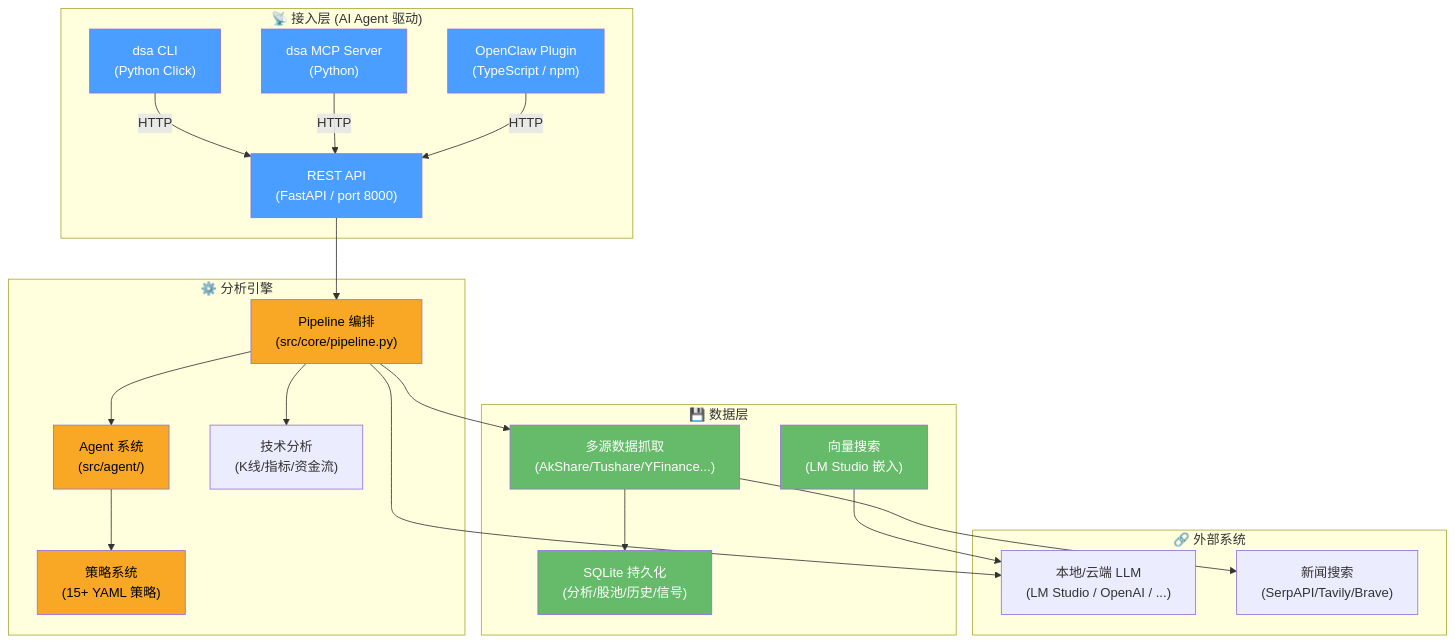
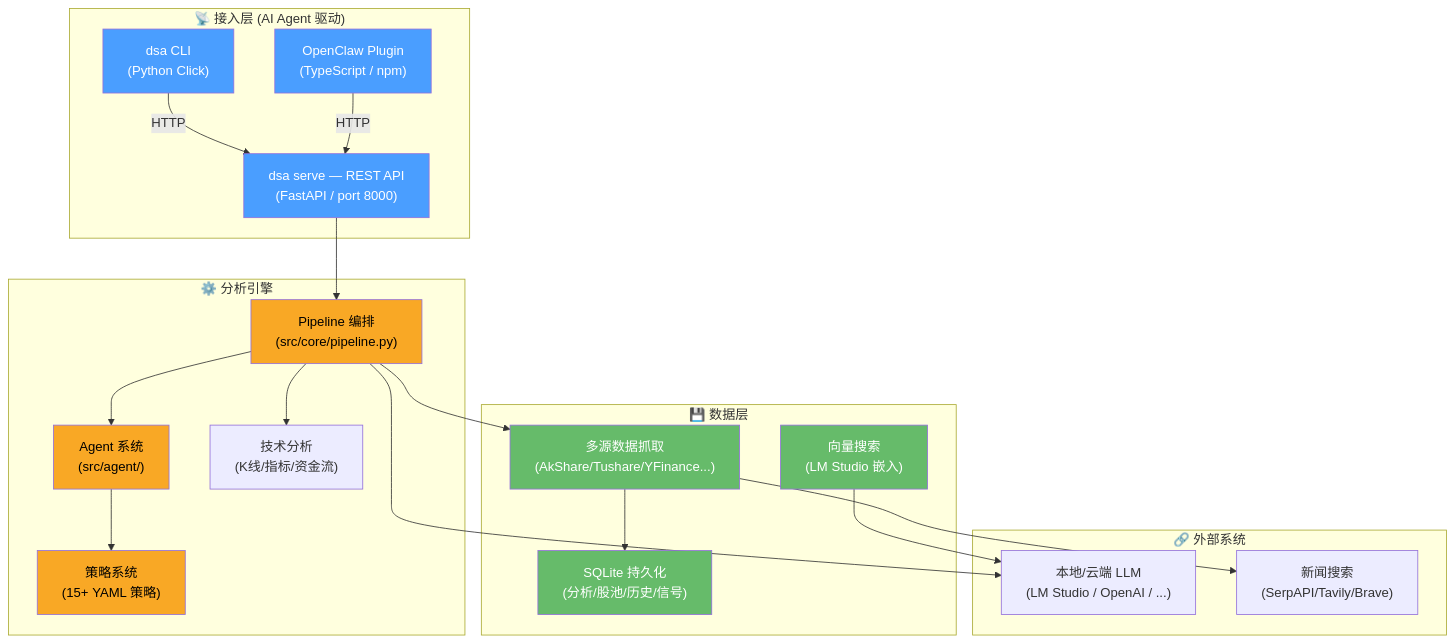
One commit to kuaizhongqiang/daily_stock_analysis changed the diagram in README.md. Above: the diagram before and after it, drawn with Mermaid. The commit also changed other lines of this file and 23 other files, not shown here.

First line of the commit message:
feat: v0.1.7 — MCP 剥离 + dsa serve 统一入口 + 自有 CI/Publish

````diff
--- a/README.md
+++ b/README.md
@@ -24,51 +24,48 @@
 ```mermaid
 flowchart TB
     subgraph 接入层["📡 接入层 (AI Agent 驱动)"]
         CLI["dsa CLI<br/>(Python Click)"]
-        MCP["dsa MCP Server<br/>(Python)"]
+        API["dsa serve — REST API<br/>(FastAPI / port 8000)"]
         Plugin["OpenClaw Plugin<br/>(TypeScript / npm)"]
-        API["REST API<br/>(FastAPI / port 8000)"]
     end
 
     subgraph 引擎层["⚙️ 分析引擎"]
         Pipeline["Pipeline 编排<br/>(src/core/pipeline.py)"]
         Agent["Agent 系统<br/>(src/agent/)"]
         Strategies["策略系统<br/>(15+ YAML 策略)"]
         Technical["技术分析<br/>(K线/指标/资金流)"]
     end
 
     subgraph 数据层["💾 数据层"]
         DataProviders["多源数据抓取<br/>(AkShare/Tushare/YFinance...)"]
         VectorDB["向量搜索<br/>(LM Studio 嵌入)"]
         DB["SQLite 持久化<br/>(分析/股池/历史/信号)"]
     end
 
     subgraph 外部系统["🔗 外部系统"]
         LLM["本地/云端 LLM<br/>(LM Studio / OpenAI / ...)"]
         News["新闻搜索<br/>(SerpAPI/Tavily/Brave)"]
     end
 
     CLI -->|HTTP| API
-    MCP -->|HTTP| API
     Plugin -->|HTTP| API
     API --> Pipeline
     Pipeline --> Agent
     Pipeline --> Technical
     Pipeline --> DataProviders
     Agent --> Strategies
     DataProviders --> DB
     DataProviders --> News
     Pipeline --> LLM
     VectorDB --> LLM
 
     style CLI fill:#4a9eff,color:#fff
-    style MCP fill:#4a9eff,color:#fff
     style Plugin fill:#4a9eff,color:#fff
     style API fill:#4a9eff,color:#fff
     style Pipeline fill:#f9a825,color:#000
     style Agent fill:#f9a825,color:#000
     style Strategies fill:#f9a825,color:#000
     style DataProviders fill:#66bb6a,color:#fff
     style VectorDB fill:#66bb6a,color:#fff
     style DB fill:#66bb6a,color:#fff
 ```
````
